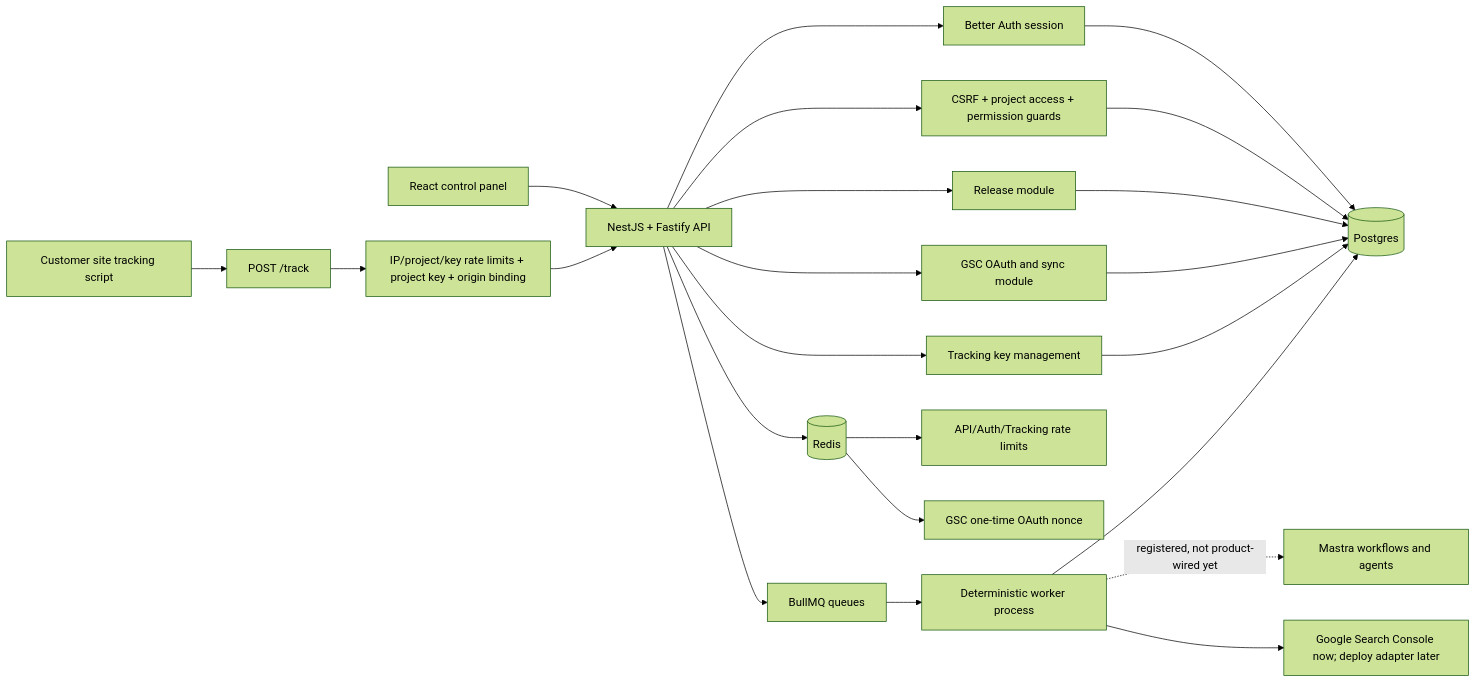
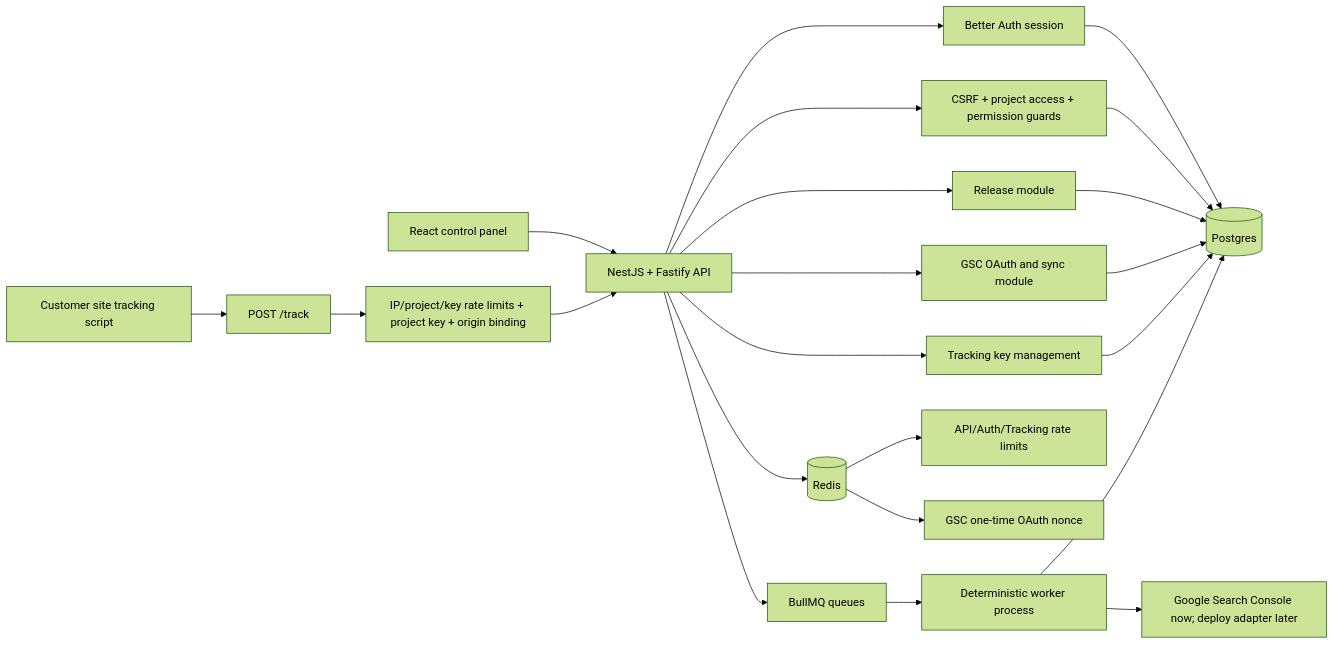
One commit to mayett515/Seo_automatisation changed the first of 3 diagrams in docs/architecture/backend-foundation-status.md. Above: the diagram before and after it, drawn with Mermaid (forest theme). The commit also changed other lines of this file and 7 other files, not shown here.

````diff
--- a/docs/architecture/backend-foundation-status.md
+++ b/docs/architecture/backend-foundation-status.md
@@ -9,30 +9,29 @@
 ```mermaid
 flowchart LR
   Web[React control panel] --> Api[NestJS + Fastify API]
   PublicSite[Customer site tracking script] --> Track[POST /track]
 
   Track --> TrackingGuard[IP/project/key rate limits + project key + origin binding]
   TrackingGuard --> Api
 
   Api --> Auth[Better Auth session]
   Api --> Guards[CSRF + project access + permission guards]
   Api --> Release[Release module]
   Api --> GSC[GSC OAuth and sync module]
   Api --> TrackingKeys[Tracking key management]
 
   Auth --> Postgres[(Postgres)]
   Guards --> Postgres
   Release --> Postgres
   GSC --> Postgres
   TrackingKeys --> Postgres
 
   Api --> Redis[(Redis)]
   Redis --> RateLimits[API/Auth/Tracking rate limits]
   Redis --> OAuthNonce[GSC one-time OAuth nonce]
 
   Api --> Queues[BullMQ queues]
   Queues --> Worker[Deterministic worker process]
-  Worker -. registered, not product-wired yet .-> Mastra[Mastra workflows and agents]
   Worker --> Postgres
   Worker --> External[Google Search Console now; deploy adapter later]
 ```
````
